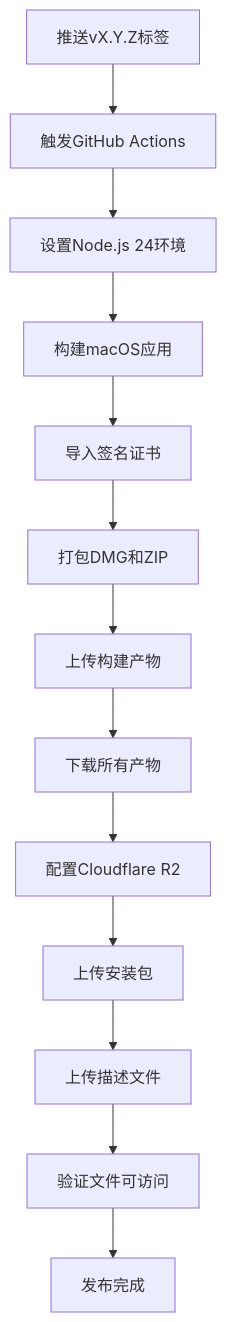
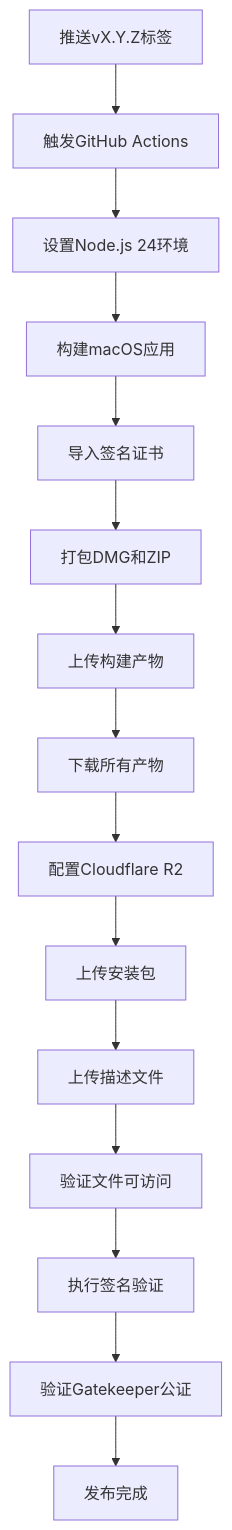
Before and after one commit to verse-ai-org/openclaw: diagram 19 of 49 in .qoder/repowiki/zh/content/核心概念/Electron应用增强.md, drawn with Mermaid. The commit also changed other lines of this file and 40 other files, not shown here.

````diff
--- a/.qoder/repowiki/zh/content/核心概念/Electron应用增强.md
+++ b/.qoder/repowiki/zh/content/核心概念/Electron应用增强.md
@@ -735,15 +1030,17 @@
 ```mermaid
 flowchart TD
 A[推送vX.Y.Z标签] --> B[触发GitHub Actions]
 B --> C[设置Node.js 24环境]
 C --> D[构建macOS应用]
 D --> E[导入签名证书]
 E --> F[打包DMG和ZIP]
 F --> G[上传构建产物]
 G --> H[下载所有产物]
 H --> I[配置Cloudflare R2]
 I --> J[上传安装包]
 J --> K[上传描述文件]
 K --> L[验证文件可访问]
-L --> M[发布完成]
+L --> M[执行签名验证]
+M --> N[验证Gatekeeper公证]
+N --> O[发布完成]
 ```
````
